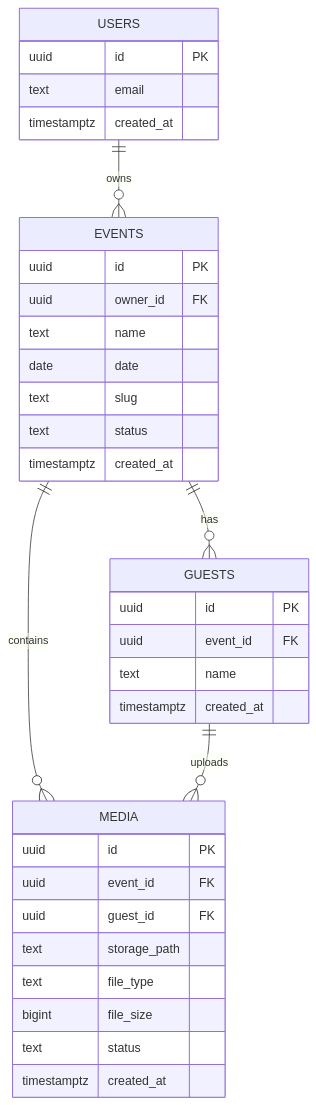
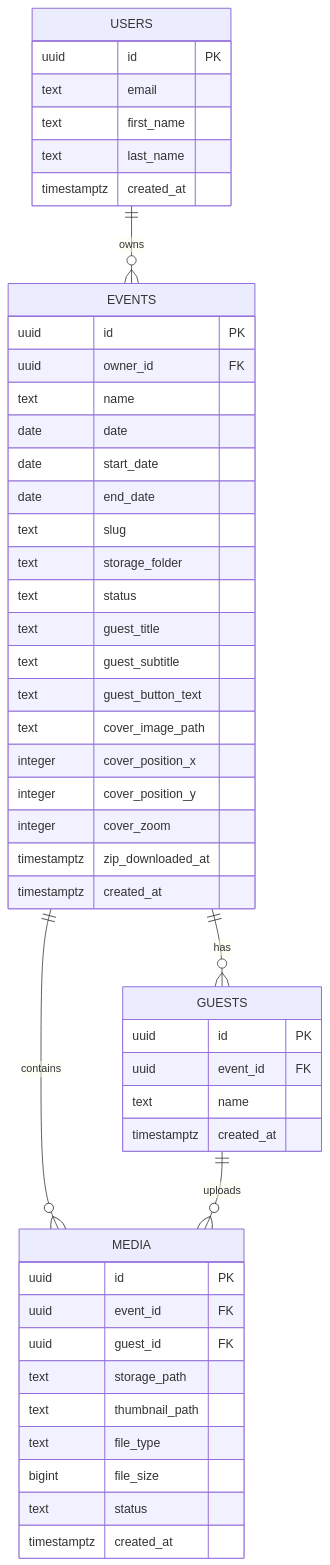
One commit to GKarans/Event-Photo-SaaS changed the diagram in docs/database-model.md. Above: the diagram before and after it, drawn with Mermaid. The commit also changed other lines of this file and 6 other files, not shown here.

````diff
--- a/docs/database-model.md
+++ b/docs/database-model.md
@@ -24,41 +24,55 @@
 ```mermaid
 erDiagram
     USERS ||--o{ EVENTS : owns
     EVENTS ||--o{ GUESTS : has
     EVENTS ||--o{ MEDIA : contains
     GUESTS ||--o{ MEDIA : uploads
 
     USERS {
         uuid id PK
         text email
+        text first_name
+        text last_name
         timestamptz created_at
     }
 
     EVENTS {
         uuid id PK
         uuid owner_id FK
         text name
         date date
+        date start_date
+        date end_date
         text slug
+        text storage_folder
         text status
+        text guest_title
+        text guest_subtitle
+        text guest_button_text
+        text cover_image_path
+        integer cover_position_x
+        integer cover_position_y
+        integer cover_zoom
+        timestamptz zip_downloaded_at
         timestamptz created_at
     }
 
     GUESTS {
         uuid id PK
         uuid event_id FK
         text name
         timestamptz created_at
     }
 
     MEDIA {
         uuid id PK
         uuid event_id FK
         uuid guest_id FK
         text storage_path
+        text thumbnail_path
         text file_type
         bigint file_size
         text status
         timestamptz created_at
     }
 ```
````
